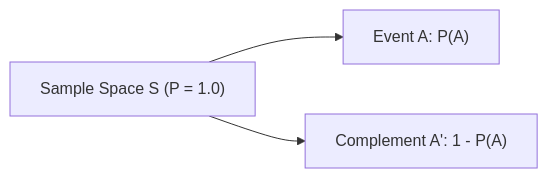
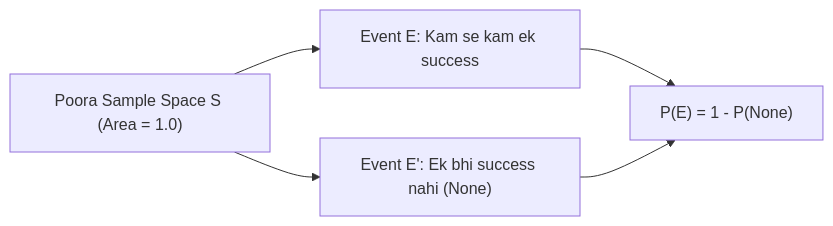
The diagram in lecture_20/Notes_20.06/README_HINGLISH.md (S1h2i3v4a/AI_ML), drawn with Mermaid before and after one commit. The commit also changed other lines of this file and 203 other files, not shown here.

Commit message:
docs(lectures 19-21): align notes with video lectures, add blackboard diagrams, clean structured functions, and compile vector PDFs

````diff
--- a/lecture_20/Notes_20.06/README_HINGLISH.md
+++ b/lecture_20/Notes_20.06/README_HINGLISH.md
@@ -15,5 +46,6 @@
 ```mermaid
 flowchart LR
-    S["Sample Space S (P = 1.0)"] --> A["Event A: P(A)"]
-    S --> A_prime["Complement A': 1 - P(A)"]
+    S["Poora Sample Space S (Area = 1.0)"] --> In["Event E: Kam se kam ek success"]
+    S --> Out["Event E': Ek bhi success nahi (None)"]
+    In & Out --> Sum["P(E) = 1 - P(None)"]
 ```
````
